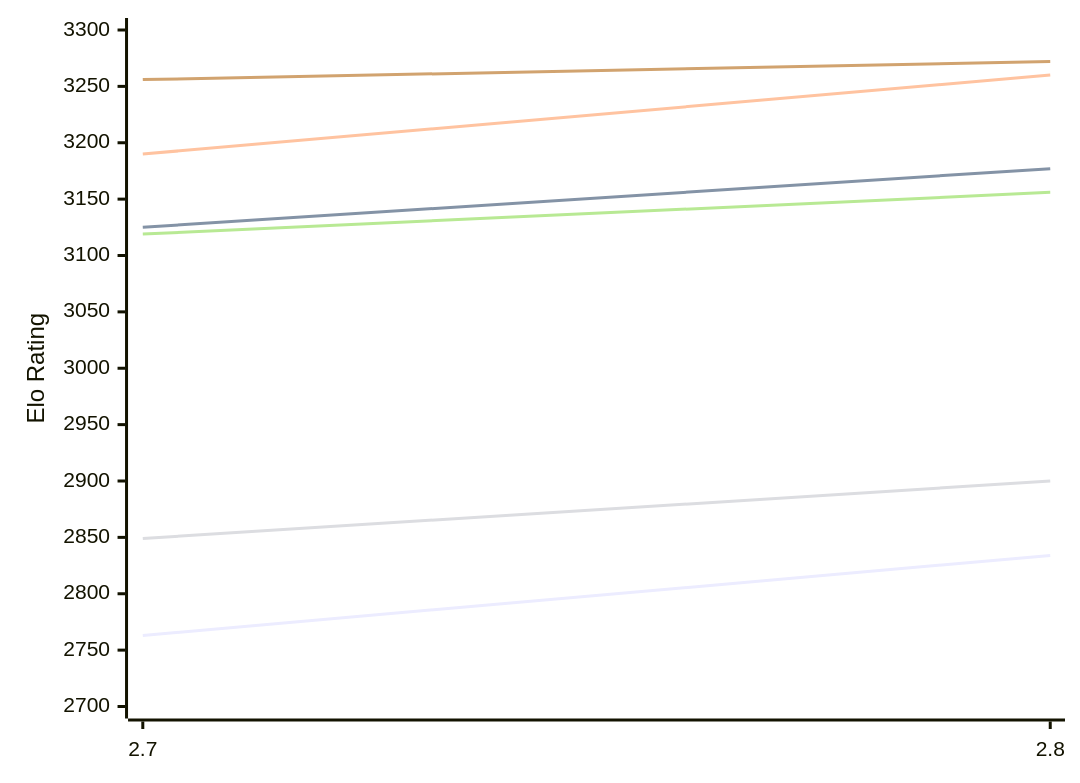
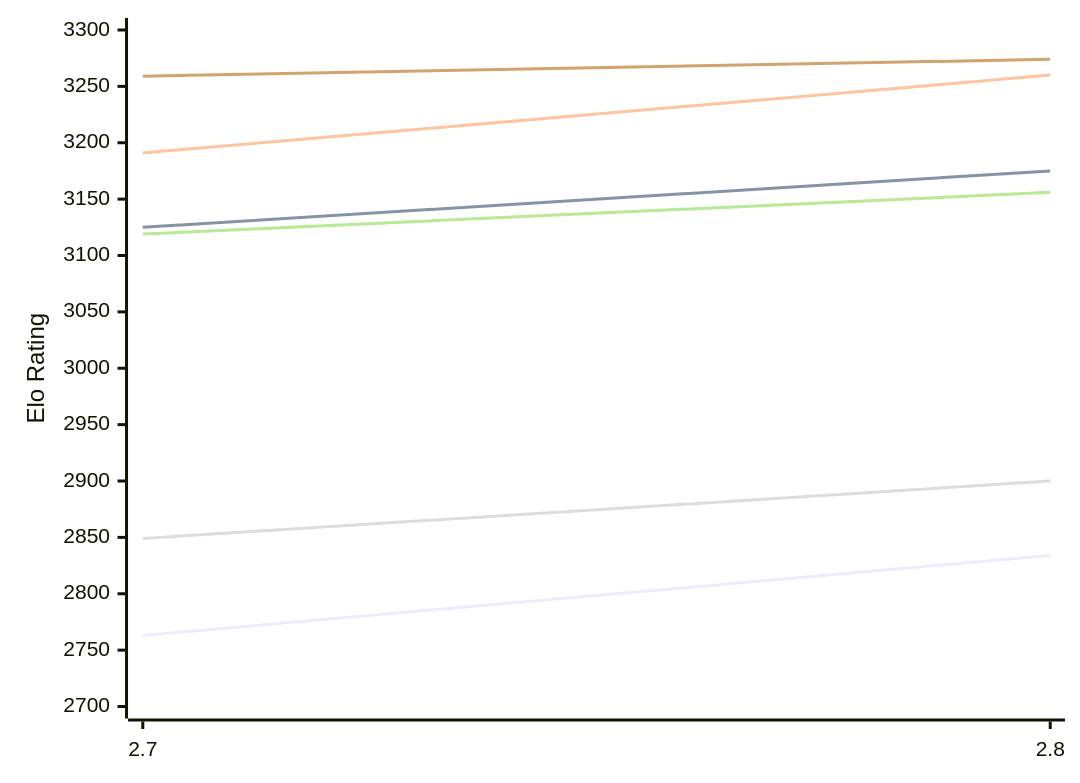
One commit to computer-chess-index/cci changed the first of 2 diagrams in engines/Arcanum.md. Above: the diagram before and after it, drawn with Mermaid. The commit also changed other lines of this file, not shown here.

Commit message:
Update CCI Ratings (ELO VLTC) - 2026-11-27

````diff
--- a/engines/Arcanum.md
+++ b/engines/Arcanum.md
@@ -50,12 +50,12 @@
 ```mermaid
 %%{init: {"theme":"base","themeVariables":{"seriesColors:['#a3a3a3','#222221','#faa371']}}}%%
 xychart-beta
   x-axis ["2.7", "2.8"]
   y-axis "Elo Rating" 2700 --> 3300
   line "E1: STC (8.0+0.08s)" [2763, 2834]
-  line "E1: LTC (60.0+0.60s)" [3125, 3177]
-  line "E1: VLTC (2m24s+1.12s)" [3190, 3260]
+  line "E1: LTC (60.0+0.60s)" [3125, 3175]
+  line "E1: VLTC (2m24s+1.12s)" [3191, 3260]
   line "P1: STC (8.0+0.08s)" [2849, 2900]
   line "P1: LTC (60.0+0.60s)" [3119, 3156]
-  line "P1: VLTC (2m24s+1.12s)" [3256, 3272]
+  line "P1: VLTC (2m24s+1.12s)" [3259, 3274]
 ```
````
